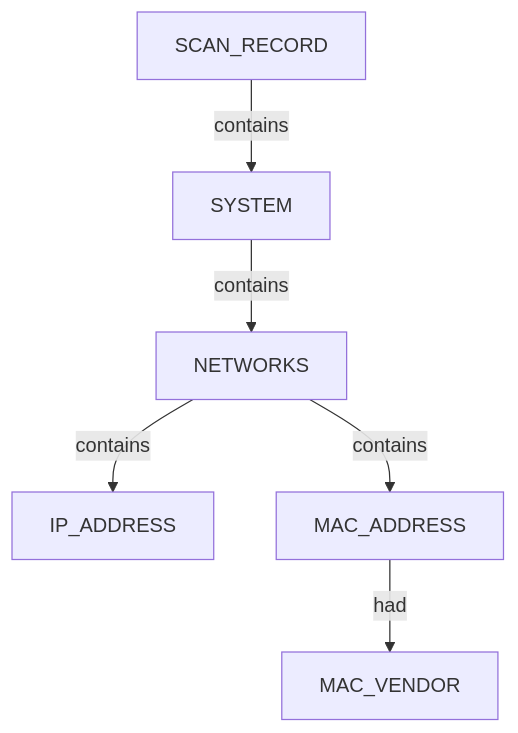
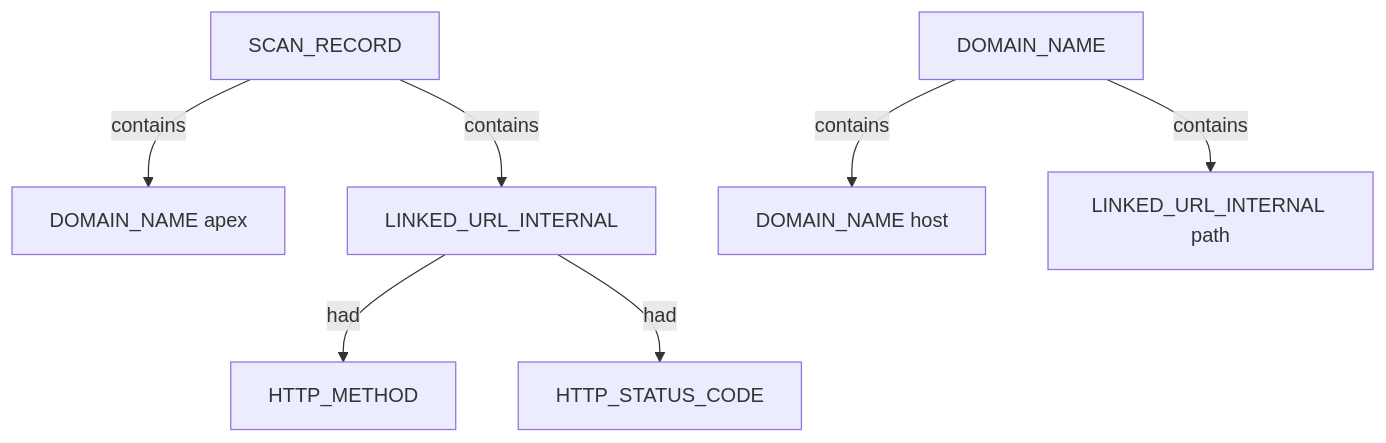
Diagram 11 of 13 in .docs/docs-for-cli-tools/_Current_Ontology.md (brettforbes/spiderfeet), drawn with Mermaid before and after one commit. The commit also changed other lines of this file and 56 other files, not shown here.

````diff
--- a/.docs/docs-for-cli-tools/_Current_Ontology.md
+++ b/.docs/docs-for-cli-tools/_Current_Ontology.md
@@ -252,14 +333,17 @@
 ```mermaid
 flowchart TD
-  scan["SCAN_RECORD"]
-  system["SYSTEM"]
-  nets["NETWORKS"]
-  ip["IP_ADDRESS"]
-  mac["MAC_ADDRESS"]
-  vendor["MAC_VENDOR"]
-  scan -->|contains| system
-  system -->|contains| nets
-  nets -->|contains| ip
-  nets -->|contains| mac
-  mac -->|had| vendor
+  scan_record_1["SCAN_RECORD"]
+  domain_name_2["DOMAIN_NAME apex"]
+  linked_url_internal_3["LINKED_URL_INTERNAL"]
+  domain_name_4["DOMAIN_NAME"]
+  domain_name_5["DOMAIN_NAME host"]
+  linked_url_internal_6["LINKED_URL_INTERNAL path"]
+  http_method_7["HTTP_METHOD"]
+  http_status_code_8["HTTP_STATUS_CODE"]
+  scan_record_1 -->|contains| domain_name_2
+  scan_record_1 -->|contains| linked_url_internal_3
+  domain_name_4 -->|contains| domain_name_5
+  domain_name_4 -->|contains| linked_url_internal_6
+  linked_url_internal_3 -->|had| http_method_7
+  linked_url_internal_3 -->|had| http_status_code_8
 ```
````
